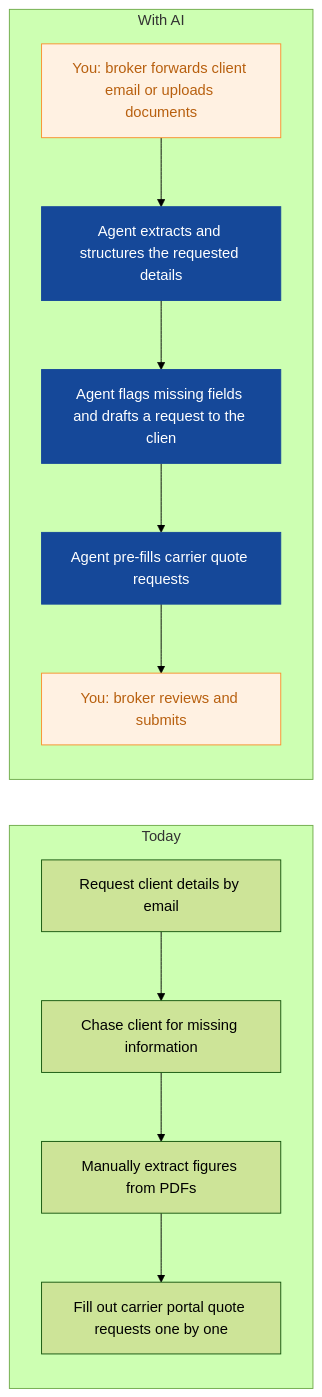
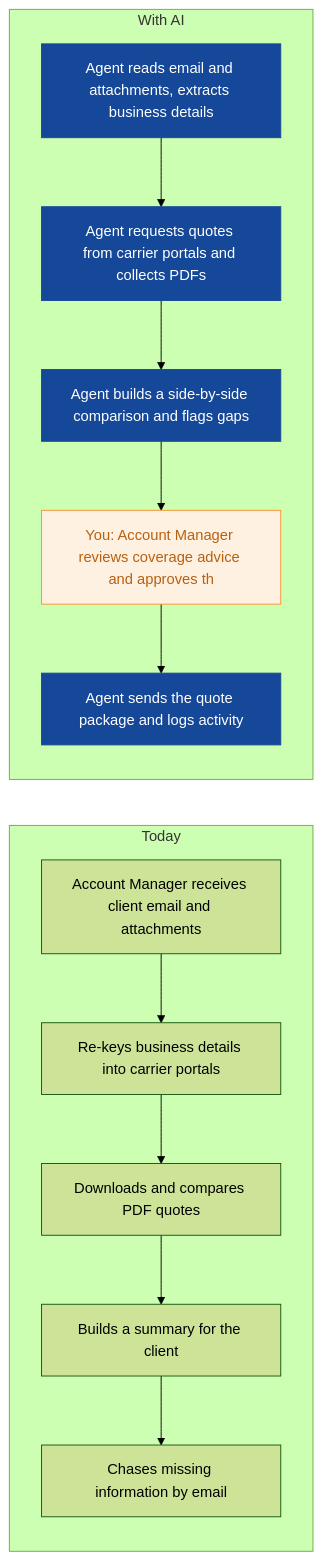
Before and after one commit to nexibeo/Complete-AI-Strategy: the first of 9 diagrams in strategies/clearpath-insurance-brokers.md, drawn with Mermaid (forest theme). The commit also changed other lines of this file and 26 other files, not shown here.

````diff
--- a/strategies/clearpath-insurance-brokers.md
+++ b/strategies/clearpath-insurance-brokers.md
@@ -50,22 +53,23 @@
 ```mermaid
 flowchart LR
   subgraph Today
-    B0["Request client details by email"]
-    B1["Chase client for missing information"]
-    B2["Manually extract figures from PDFs"]
-    B3["Fill out carrier portal quote requests one by one"]
-    B0 --> B1 --> B2 --> B3
+    B0["Account Manager receives client email and attachments"]
+    B1["Re-keys business details into carrier portals"]
+    B2["Downloads and compares PDF quotes"]
+    B3["Builds a summary for the client"]
+    B4["Chases missing information by email"]
+    B0 --> B1 --> B2 --> B3 --> B4
   end
   subgraph WithAI[With AI]
-    A0["You: broker forwards client email or uploads documents"]
-    A1["Agent extracts and structures the requested details"]
-    A2["Agent flags missing fields and drafts a request to the clien"]
-    A3["Agent pre-fills carrier quote requests"]
-    A4["You: broker reviews and submits"]
+    A0["Agent reads email and attachments, extracts business details"]
+    A1["Agent requests quotes from carrier portals and collects PDFs"]
+    A2["Agent builds a side-by-side comparison and flags gaps"]
+    A3["You: Account Manager reviews coverage advice and approves th"]
+    A4["Agent sends the quote package and logs activity"]
     A0 --> A1 --> A2 --> A3 --> A4
   end
   classDef ai fill:#154899,color:#fff,stroke:#154899
   classDef human fill:#FFF1E2,color:#B8600F,stroke:#F98F2C
-  class A1,A2,A3 ai
-  class A0,A4 human
+  class A0,A1,A2,A4 ai
+  class A3 human
 ```
````
